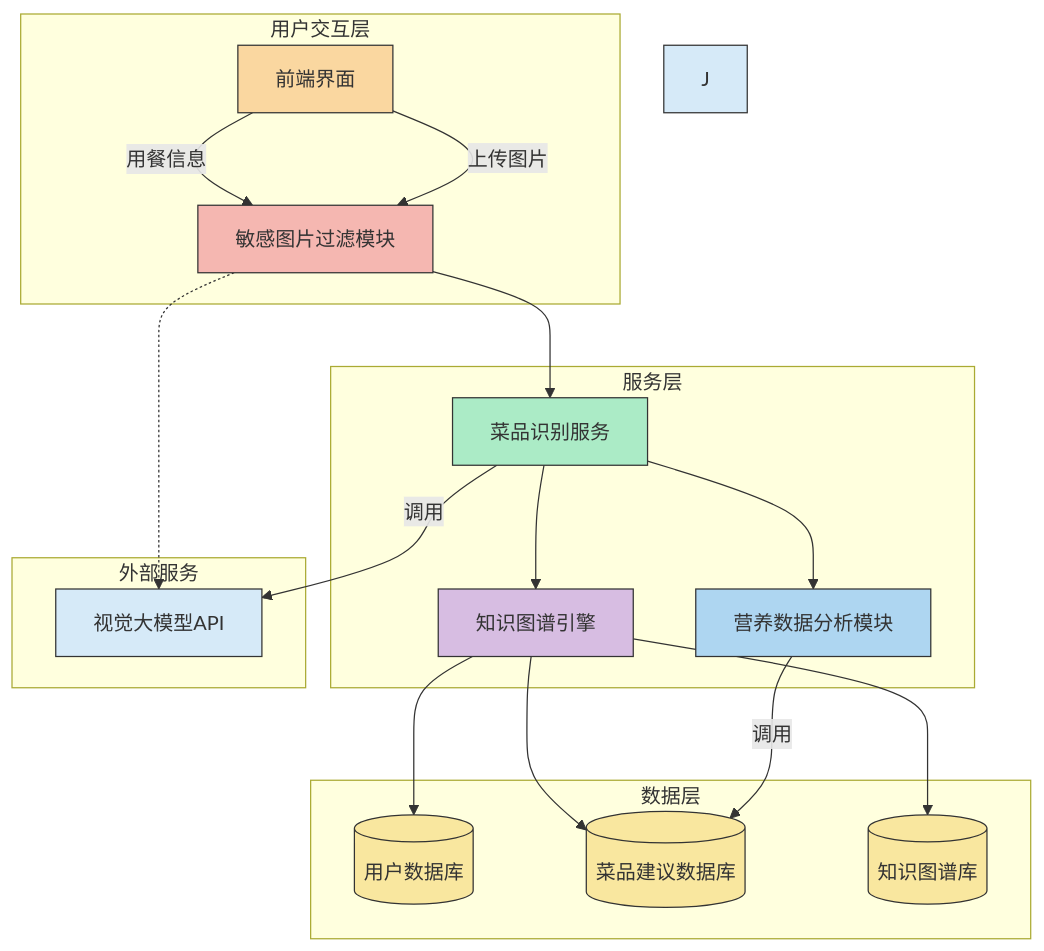
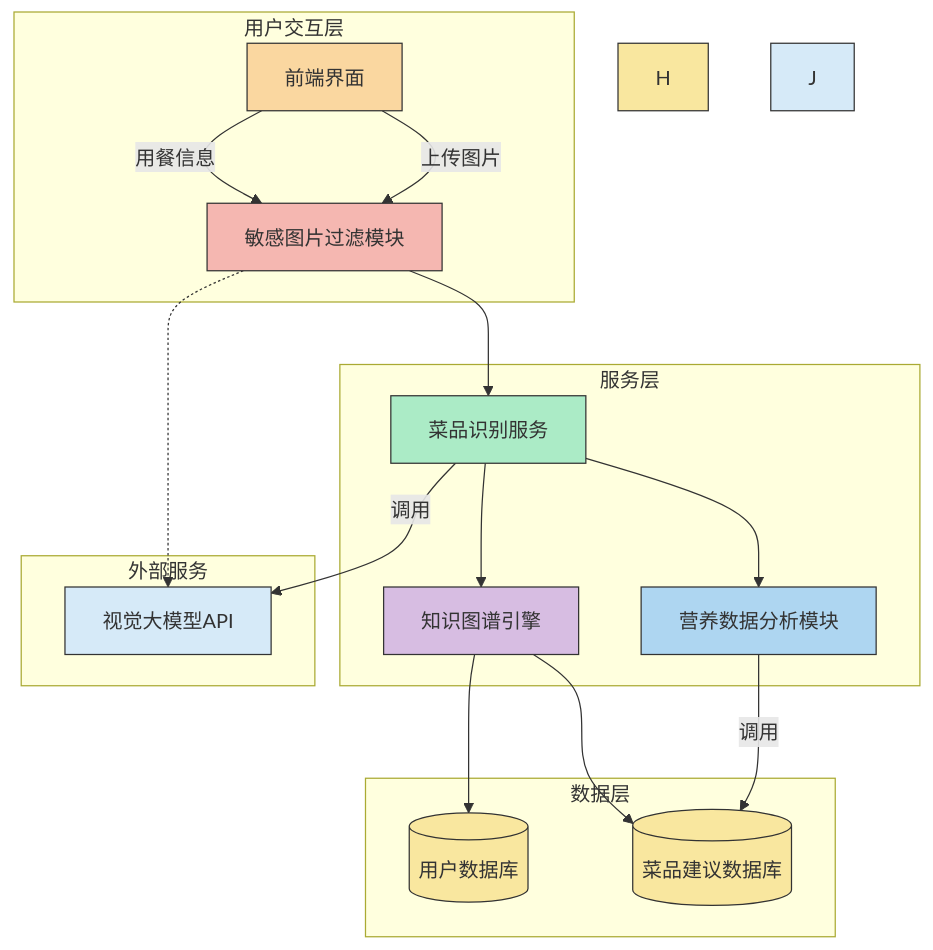
The diagram in all/未命名-1.md (funnyData/iodraw-files), drawn with Mermaid before and after one commit.

Commit message:
2025-03-19 16:53:09 update

````diff
--- a/all/未命名-1.md
+++ b/all/未命名-1.md
@@ -1,39 +1,39 @@
 ```mermaid
 %% 系统架构图（基于网页1/3/4/6的流程图语法优化）
 flowchart TD
     subgraph 用户交互层
         A[前端界面] -->|用餐信息| B[敏感图片过滤模块]
         style A fill:#FAD7A0,stroke:#333
         style B fill:#F5B7B1,stroke:#333
     end
 
     subgraph 服务层
         B --> C[菜品识别服务]
         
         C --> E[知识图谱引擎]
         C --> D[营养数据分析模块]
         style C fill:#ABEBC6,stroke:#333
         style D fill:#AED6F1,stroke:#333
         style E fill:#D7BDE2,stroke:#333
     end
 
     subgraph 数据层
         E --> F[(用户数据库)]
         E --> G[(菜品建议数据库)]
-        E --> H[(知识图谱库)]
+        
         style F fill:#F9E79F,stroke:#333,shape:cylinder
         style G fill:#F9E79F,stroke:#333,shape:cylinder
         style H fill:#F9E79F,stroke:#333,shape:cylinder
     end
 
     subgraph 外部服务
         B -.-> I[视觉大模型API]
         style I fill:#D6EAF8,stroke:#333
         style J fill:#D6EAF8,stroke:#333
     end
 
 
     A -->|上传图片| B
     C -->|调用| I
     D -->|调用| G
 ```
````
